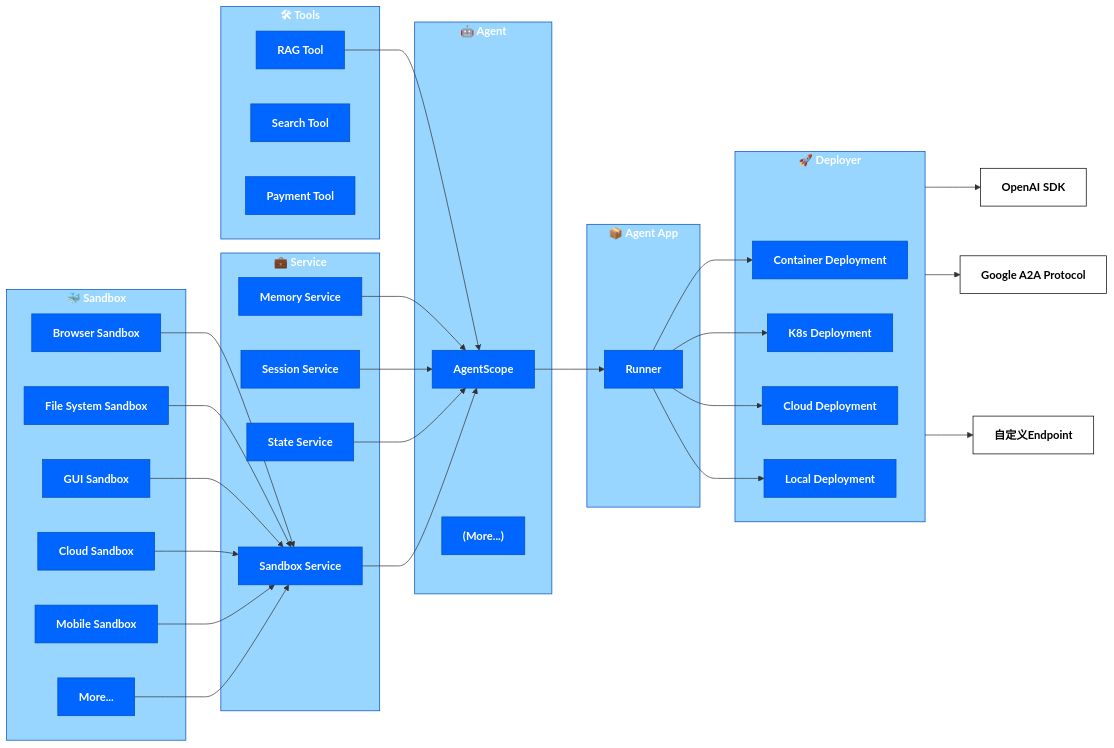
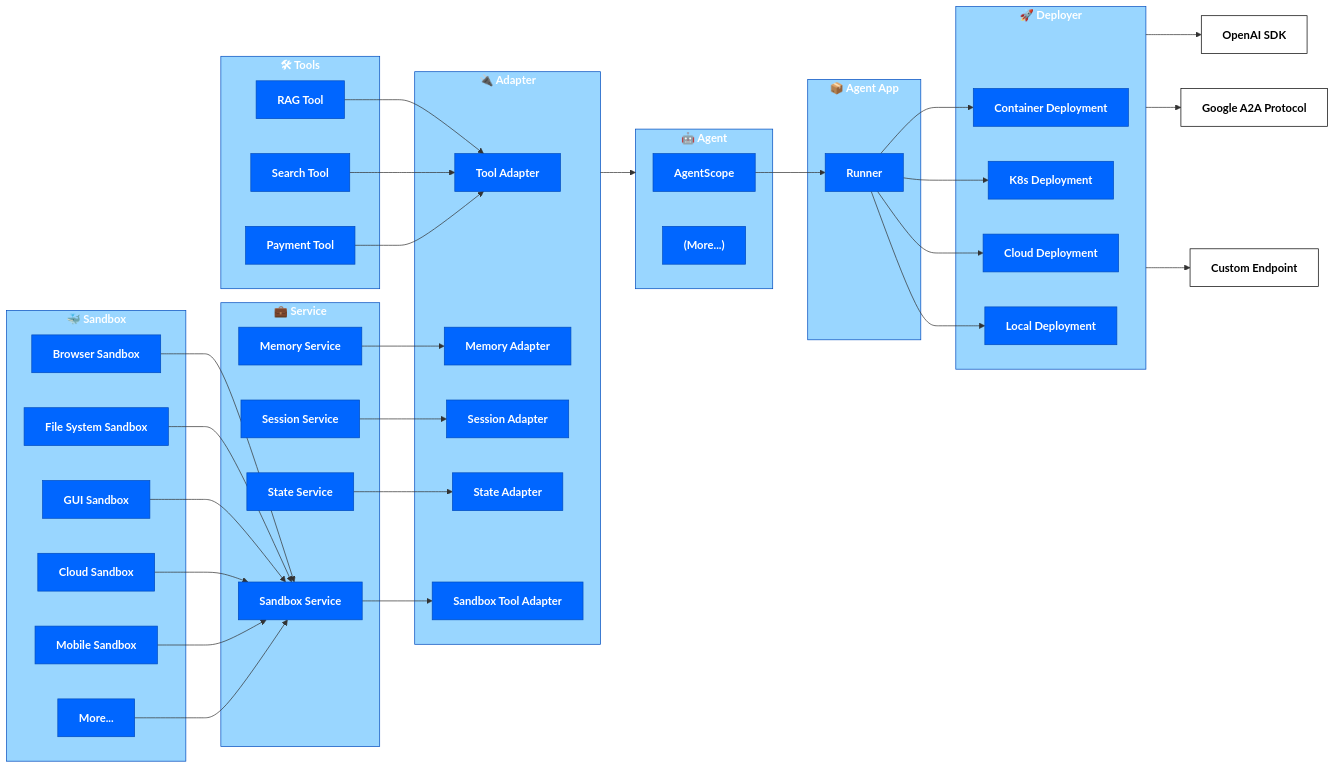
Before and after one commit to agentscope-ai/agentscope-runtime: the diagram in cookbook/en/concept.md, drawn with Mermaid. The commit also changed other lines of this file and 197 other files, not shown here.

````diff
--- a/cookbook/en/concept.md
+++ b/cookbook/en/concept.md
@@ -47,6 +47,15 @@
         ETC["More..."]
     end
 
+    %% Adapter Module
+    subgraph Adapter["🔌 Adapter"]
+        TAD["Tool Adapter"]
+        MAD["Memory Adapter"]
+        SAD["Session Adapter"]
+        STAD["State Adapter"]
+        SBAD["Sandbox Tool Adapter"]
+    end
+
     %% Agent Module
     subgraph Agent["🤖 Agent"]
         AG["AgentScope"]
@@ -69,20 +78,27 @@
     %% External Protocols
     OAI["OpenAI SDK"]:::ext
     A2A["Google A2A Protocol"]:::ext
-    CUS["自定义Endpoint"]:::ext
+    CUS["Custom Endpoint"]:::ext
 
     %% Internal connections
-    RT --> AG
-    MS --> AG
-    SS --> AG
-    STS --> AG
-    SBS --> AG
+    RT --> TAD
+    ST --> TAD
+    PT --> TAD
+
+    MS --> MAD
+    SS --> SAD
+    STS --> STAD
+    SBS --> SBAD
+
     BS --> SBS
     FS --> SBS
     GS --> SBS
     CSB --> SBS
     MSB --> SBS
     ETC --> SBS
+
+    %% Big block to big block connection
+    Adapter --> Agent
 
     AG --> RA
     RA --> CT
@@ -100,7 +116,6 @@
     classDef big fill:#99D6FF,stroke:#004CBE,color:#FFFFFF,font-weight:bold
     classDef ext fill:#FFFFFF,stroke:#000000,color:#000000,font-weight:bold
 
-    class Tools,Service,Sandbox,Agent,AgentAPP,Deployer big
-    class RT,ST,PT,MS,SS,STS,SBS,BS,FS,GS,CSB,MSB,ETC,AG,AG_NOTE,RA,CT,KD,DP,LD small
-
+    class Tools,Service,Sandbox,Adapter,Agent,AgentAPP,Deployer big
+    class RT,ST,PT,MS,SS,STS,SBS,BS,FS,GS,CSB,MSB,ETC,TAD,MAD,SAD,STAD,SBAD,AG,AG_NOTE,RA,CT,KD,DP,LD small
 ```
````
